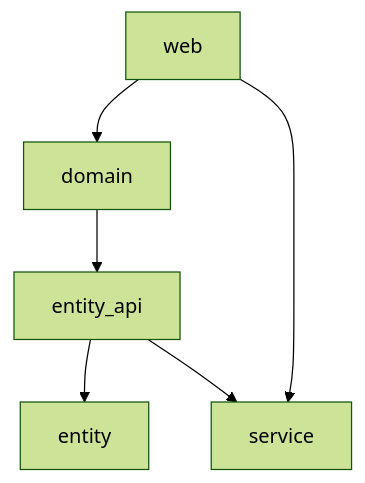
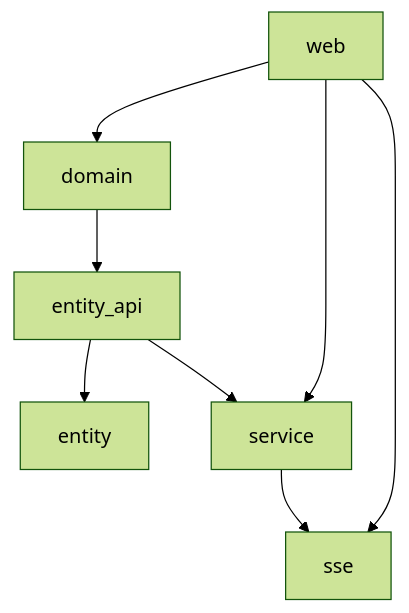
Before and after one commit to refactor-group/refactor-platform-rs: the diagram in docs/architecture/crate_dependency_graph.md, drawn with Mermaid (forest theme). The commit also changed other lines of this file and 3 other files, not shown here.

First line of the commit message:
docs: update architecture documentation for SSE infrastructure

````diff
--- a/docs/architecture/crate_dependency_graph.md
+++ b/docs/architecture/crate_dependency_graph.md
@@ -4,8 +6,10 @@
 ```mermaid
 graph TD;
     web-->domain;
     web-->service;
+    web-->sse;
+    service-->sse;
     domain-->entity_api;
     entity_api-->entity;
     entity_api-->service;
 ```
````
